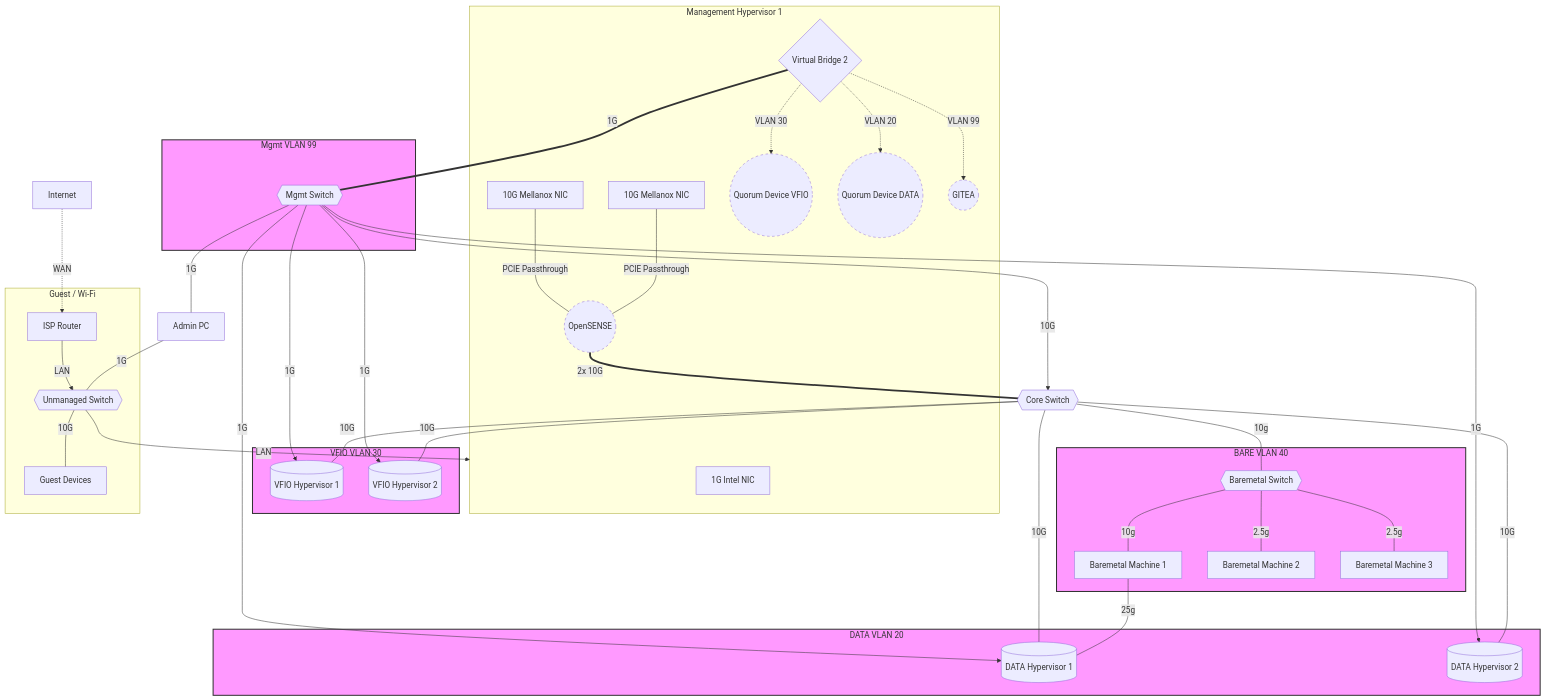
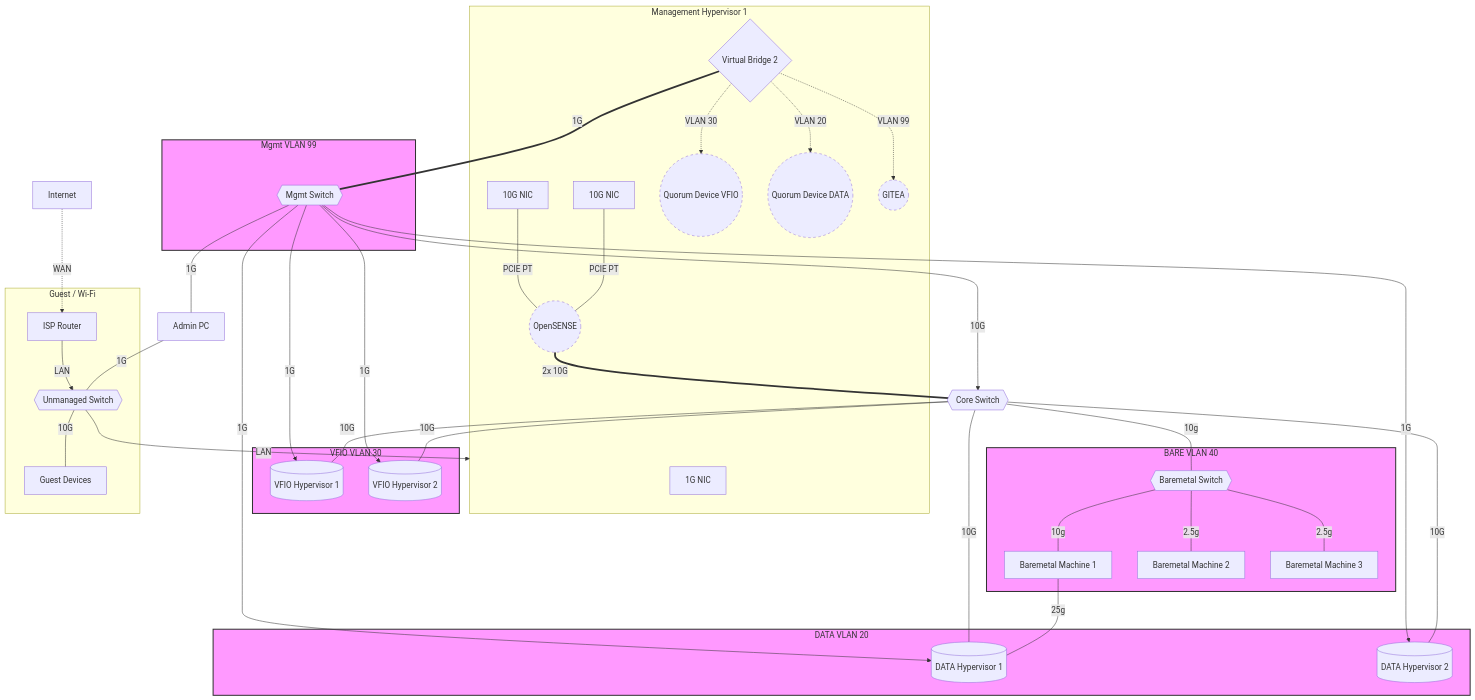
Before and after one commit to woeiru/lab: the diagram in alp/netop.md, drawn with Mermaid.

Commit message:
alp/netop.md: simplify NIC labels and PT abbreviation

````diff
--- a/alp/netop.md
+++ b/alp/netop.md
@@ -3,75 +3,75 @@
 ```mermaid
 graph TD
     subgraph MH1[Management Hypervisor 1]
-        MH1NIC1[1G Intel NIC]
-        MH1NIC2[10G Mellanox NIC]
-        MH1NIC3[10G Mellanox NIC]
-        MH1NIC2 ---|"PCIE Passthrough"| OPN
-        MH1NIC3 ---|"PCIE Passthrough"| OPN
+        MH1NIC1[1G NIC]
+        MH1NIC2[10G NIC]
+        MH1NIC3[10G NIC]
+        MH1NIC2 ---|"PCIE PT"| OPN
+        MH1NIC3 ---|"PCIE PT"| OPN
         VB2{Virtual Bridge 2}
         OPN((OpenSENSE))
         QDV((Quorum Device VFIO))
         QDD((Quorum Device DATA))
         GIT((GITEA))
     end
 
     INT[Internet] -.-> |WAN| ISPR[ISP Router]
     ISPR --> |LAN| US{{Unmanaged Switch}}
     US --> |LAN| MH1
     US ---|"10G"| GD[Guest Devices]
 
     MS{{Mgmt Switch}} ---|"1G"| APC[Admin PC]
     APC ---|"1G"| US
 
     VB2 ===|"1G"| MS
     OPN ===|"2x 10G"| CS{{Core Switch}}
 
     MS --->|"10G"| CS
     MS --->|"1G"| DH1
     MS --->|"1G"| DH2
     MS --->|"1G"| VH1
     MS --->|"1G"| VH2
 
     CS ---|"10G"| DH1[(DATA Hypervisor 1)]
     CS ---|"10G"| DH2[(DATA Hypervisor 2)]
     CS ---|"10G"| VH1[(VFIO Hypervisor 1)]
     CS ---|"10G"| VH2[(VFIO Hypervisor 2)]
 
     CS ---|"10g"| BMS{{Baremetal Switch}}
     BMS ---|"10g"| BM1[Baremetal Machine 1]
     BM1 ---|"25g"| DH1
     BMS ---|"2.5g"| BM2[Baremetal Machine 2]
     BMS ---|"2.5g"| BM3[Baremetal Machine 3]
 
     subgraph VLAN20 [DATA VLAN 20]
         DH1
         DH2
     end
     subgraph VLAN30 [VFIO VLAN 30]
         VH1
         VH2
     end
     subgraph VLAN40 [BARE VLAN 40]
         BMS
         BM1 
         BM2 
         BM3 
     end
     subgraph VLAN99 [Mgmt VLAN 99]
         MS
     end
     subgraph Guest [Guest / Wi-Fi]
         ISPR
         GD
         US
     end
 
     VB2 -.->|VLAN 20| QDD
     VB2 -.->|VLAN 30| QDV
     VB2 -.->|VLAN 99| GIT
 
     classDef punctuated stroke-dasharray: 5 5;
     class GIT,QDV,QDD,OPN punctuated;
     classDef vlan fill:#f9f,stroke:#333,stroke-width:2px;
     class VLAN20,VLAN30,VLAN40,VLAN99 vlan;
 ```
````
